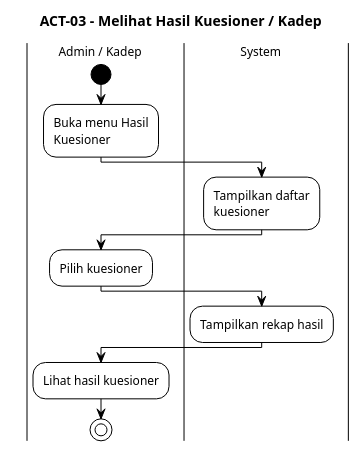
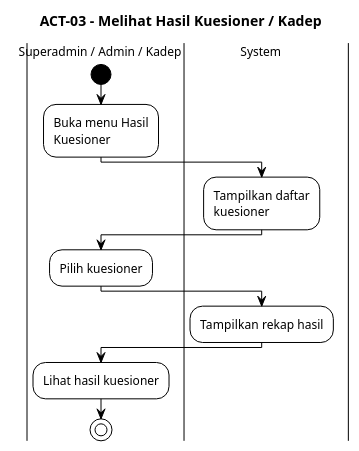
The diagram in docs/kuesioner/activity/ACT_03_MELIHAT_HASIL_KUESIONER.puml (Habiboys/SILAB-DSI), drawn with PlantUML before and after one commit. The commit also changed 261 other files, not shown here.

```diff
--- a/docs/kuesioner/activity/ACT_03_MELIHAT_HASIL_KUESIONER.puml
+++ b/docs/kuesioner/activity/ACT_03_MELIHAT_HASIL_KUESIONER.puml
@@ -1,34 +1,34 @@
 @startuml ACT_03_MELIHAT_HASIL_KUESIONER
 !theme plain
 !pragma useVerticalIf on
 scale max 900 width
 skinparam wrapWidth 140
 skinparam defaultFontSize 12
 skinparam TitleFontSize 14
 skinparam swimlaneWidth 190
 skinparam ActivityStartColor black
 skinparam ActivityEndColor black
 skinparam ConditionEndStyle hline
 title ACT-03 - Melihat Hasil Kuesioner / Kadep
 
-|Admin / Kadep|
+|Superadmin / Admin / Kadep|
 |System|
 
-|Admin / Kadep|
+|Superadmin / Admin / Kadep|
 start
 :Buka menu Hasil Kuesioner;
 
 |System|
 :Tampilkan daftar kuesioner;
 
-|Admin / Kadep|
+|Superadmin / Admin / Kadep|
 :Pilih kuesioner;
 
 |System|
 :Tampilkan rekap hasil;
 
-|Admin / Kadep|
+|Superadmin / Admin / Kadep|
 :Lihat hasil kuesioner;
 
 stop
 @enduml
```
